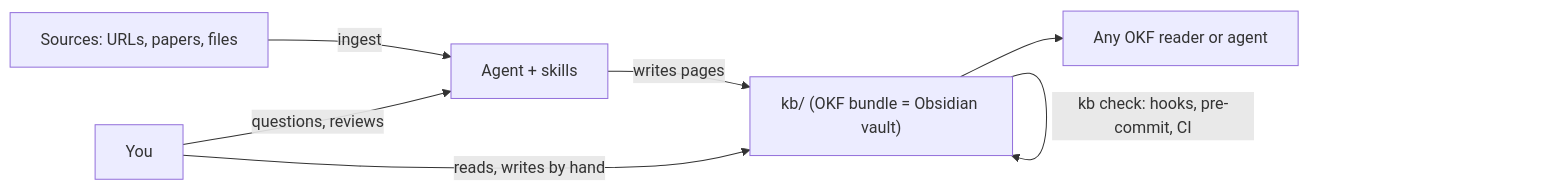
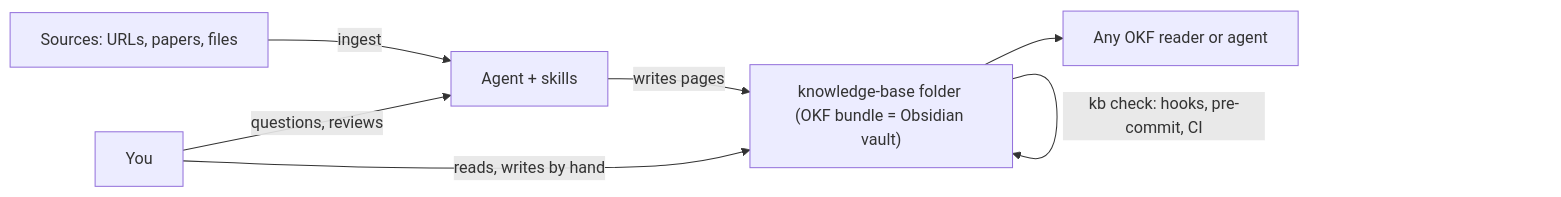
Before and after one commit to egparedes/okf-kb-template: the diagram in docs/explanation/design-overview.md, drawn with Mermaid. The commit also changed other lines of this file and 69 other files, not shown here.

First line of the commit message:
v0.5.0: configurable knowledge-base folder

````diff
--- a/docs/explanation/design-overview.md
+++ b/docs/explanation/design-overview.md
@@ -34,9 +34,9 @@
 ```mermaid
 flowchart LR
     S[Sources: URLs, papers, files] -->|ingest| A[Agent + skills]
     H[You] -->|questions, reviews| A
-    A -->|writes pages| B["kb/ (OKF bundle = Obsidian vault)"]
+    A -->|writes pages| B["knowledge-base folder (OKF bundle = Obsidian vault)"]
     H -->|reads, writes by hand| B
     B -->|kb check: hooks, pre-commit, CI| B
     B --> C[Any OKF reader or agent]
 ```
````
